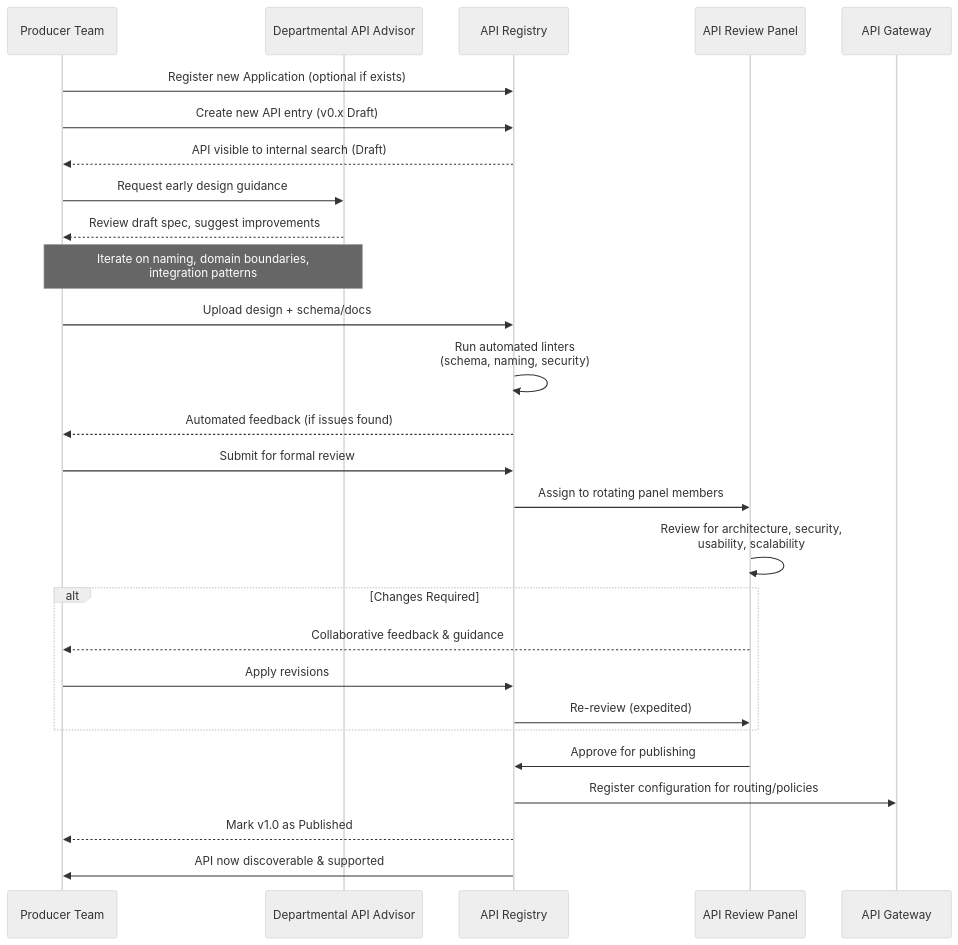
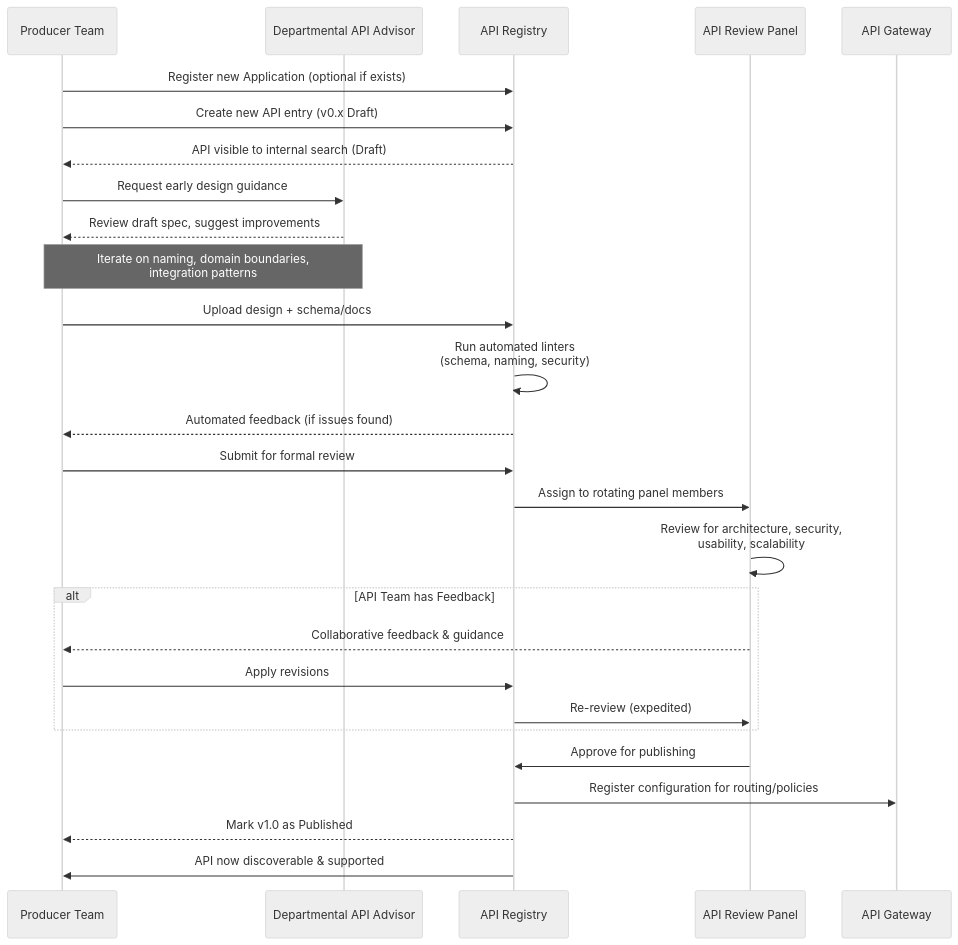
Before and after one commit to barbecuesteve/api-governance: the fourth of 8 diagrams in technical-design.md, drawn with Mermaid (neutral theme). The commit also changed other lines of this file, not shown here.

````diff
--- a/technical-design.md
+++ b/technical-design.md
@@ -185,35 +184,35 @@
 ```mermaid
 sequenceDiagram
     participant PT as Producer Team
     participant DA as Departmental API Advisor
     participant REG as API Registry
     participant ARP as API Review Panel
     participant GW as API Gateway
 
     PT->>REG: Register new Application (optional if exists)
     PT->>REG: Create new API entry (v0.x Draft)
     REG-->>PT: API visible to internal search (Draft)
 
     PT->>DA: Request early design guidance
     DA-->>PT: Review draft spec, suggest improvements
     Note over PT,DA: Iterate on naming, domain boundaries,<br/>integration patterns
     
     PT->>REG: Upload design + schema/docs
     REG->>REG: Run automated linters<br/>(schema, naming, security)
     REG-->>PT: Automated feedback (if issues found)
     
     PT->>REG: Submit for formal review
     REG->>ARP: Assign to rotating panel members
     ARP->>ARP: Review for architecture, security,<br/>usability, scalability
     
-    alt Changes Required
+    alt API Team has Feedback
         ARP-->>PT: Collaborative feedback & guidance
         PT->>REG: Apply revisions
         REG->>ARP: Re-review (expedited)
     end
     
     ARP->>REG: Approve for publishing
     REG->>GW: Register configuration for routing/policies
     REG-->>PT: Mark v1.0 as Published
     REG->>PT: API now discoverable & supported
 ```
````
